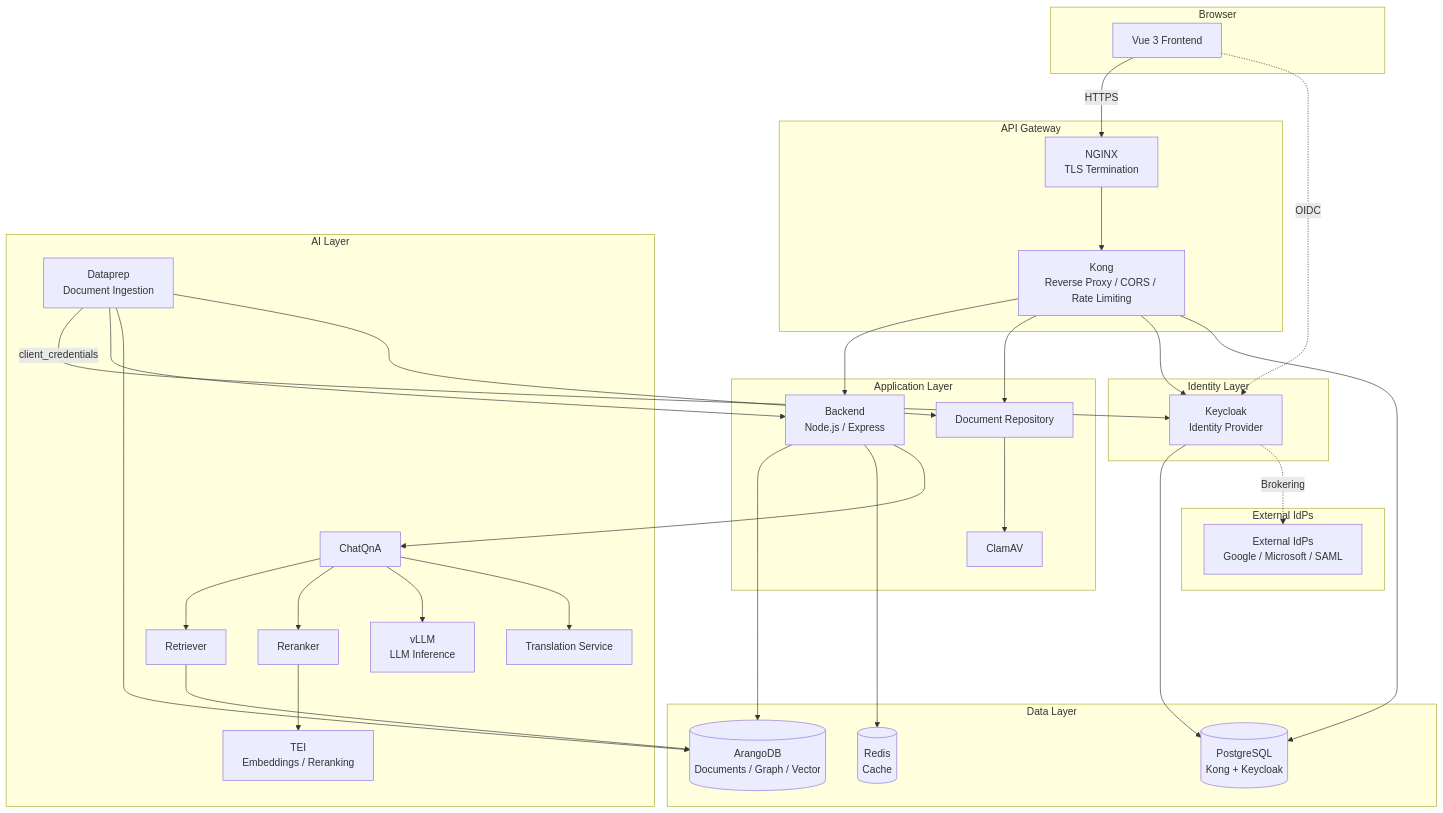
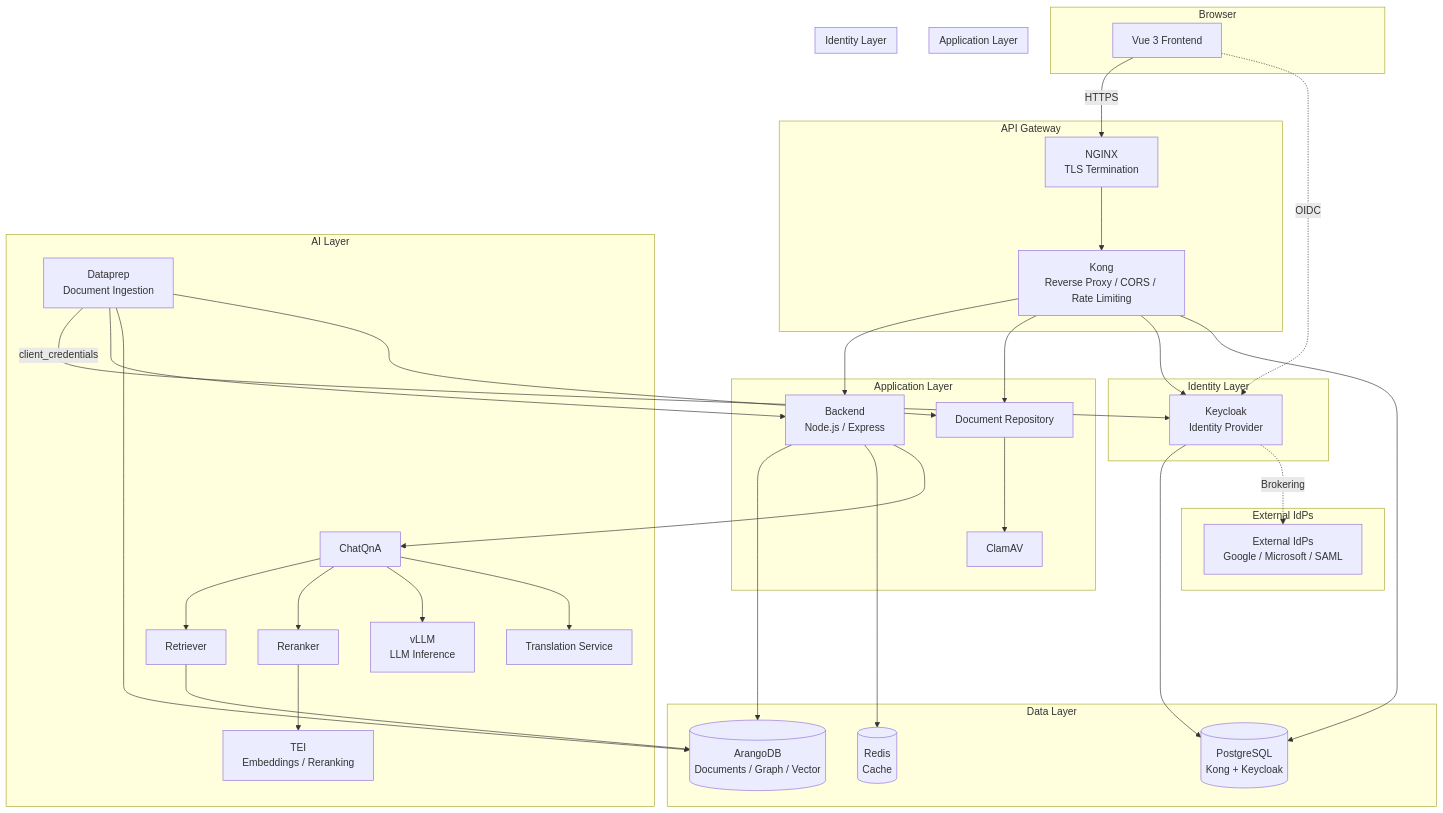
One commit to jrevillard/genie-ai-replica changed the third of 16 diagrams in site/content/en/docs/architecture/architecture.md. Above: the diagram before and after it, drawn with Mermaid. The commit also changed other lines of this file and 137 other files, not shown here.

````diff
--- a/site/content/en/docs/architecture/architecture.md
+++ b/site/content/en/docs/architecture/architecture.md
@@ -53,65 +134,75 @@
 ```mermaid
 graph TB
     subgraph Browser
         FE[Vue 3 Frontend]
     end
 
     subgraph API Gateway
         NGINX[NGINX<br/>TLS Termination]
         KONG[Kong<br/>Reverse Proxy / CORS / Rate Limiting]
+    end
+
+    subgraph Application Layer
+        BE[Backend<br/>Node.js / Express]
+        DR[Document Repository]
+        CLAMAV[ClamAV]
+    end
+
+    subgraph Identity Layer
+        KC[Keycloak<br/>Identity Provider]
     end
 
     subgraph Application Layer
         BE[Backend<br/>Node.js / Express]
         DR[Document Repository]
         CLAMAV[ClamAV]
     end
 
     subgraph Identity Layer
         KC[Keycloak<br/>Identity Provider]
     end
 
     subgraph Data Layer
         ADB[(ArangoDB<br/>Documents / Graph / Vector)]
         REDIS[(Redis<br/>Cache)]
         PG[(PostgreSQL<br/>Kong + Keycloak)]
     end
 
     subgraph AI Layer
         CHATQNA[ChatQnA]
         RETRIEVER[Retriever]
         RERANKER[Reranker]
         VLLM[vLLM<br/>LLM Inference]
         TEI[TEI<br/>Embeddings / Reranking]
         DATAPREP[Dataprep<br/>Document Ingestion]
         TRANS[Translation Service]
     end
 
     subgraph External IdPs
         EIDP[External IdPs<br/>Google / Microsoft / SAML]
     end
 
     FE -->|HTTPS| NGINX
     NGINX --> KONG
     KONG --> BE
     KONG --> DR
     KONG --> KC
     FE -.->|OIDC| KC
     KC --> PG
     KONG --> PG
     KC -.->|Brokering| EIDP
     BE --> ADB
     DR --> CLAMAV
     BE --> REDIS
     BE --> CHATQNA
     CHATQNA --> RETRIEVER
     CHATQNA --> RERANKER
     RETRIEVER --> ADB
     RERANKER --> TEI
     CHATQNA --> VLLM
     CHATQNA --> TRANS
     DATAPREP -->|client_credentials| KC
     DATAPREP --> BE
     DATAPREP --> ADB
     DATAPREP --> DR
 ```
````
